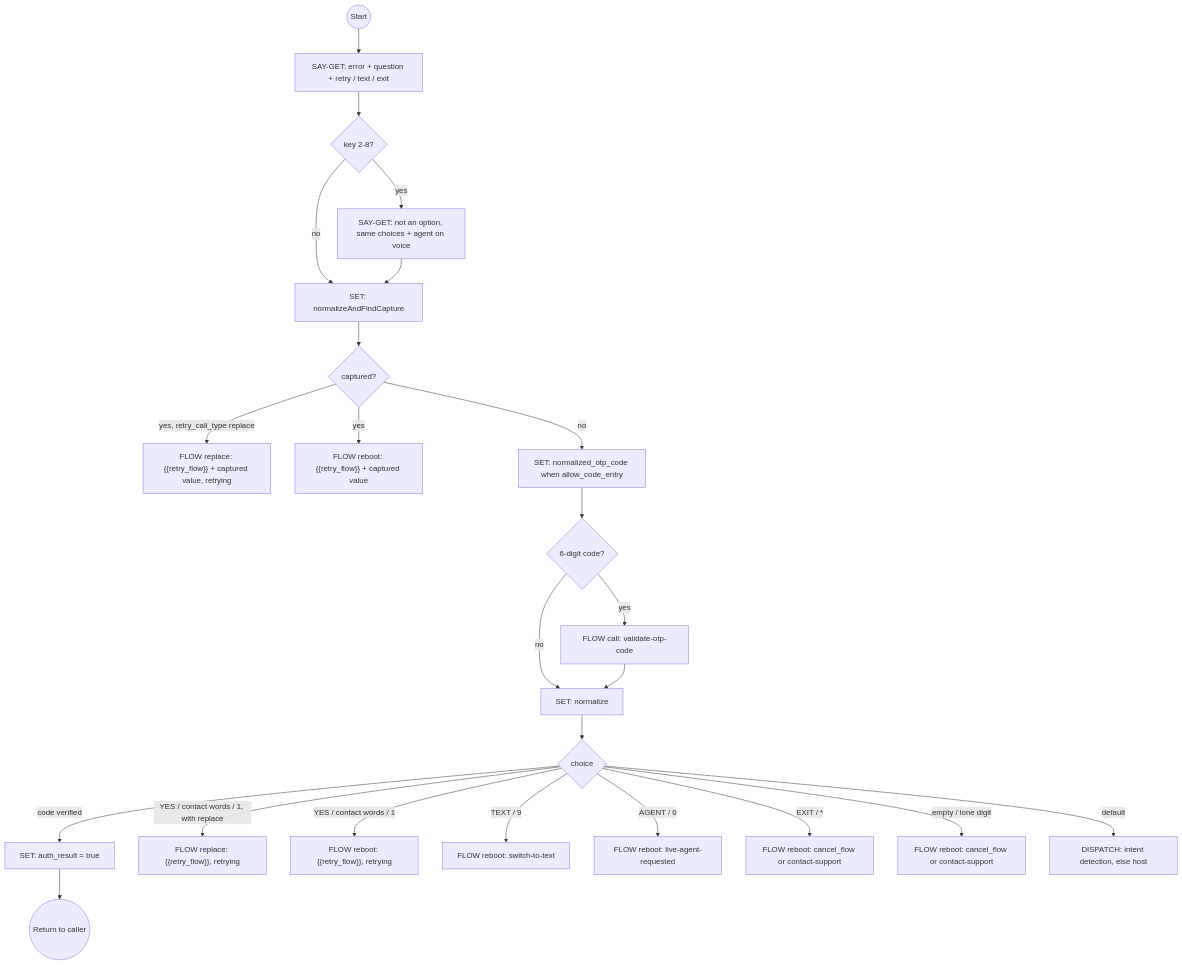
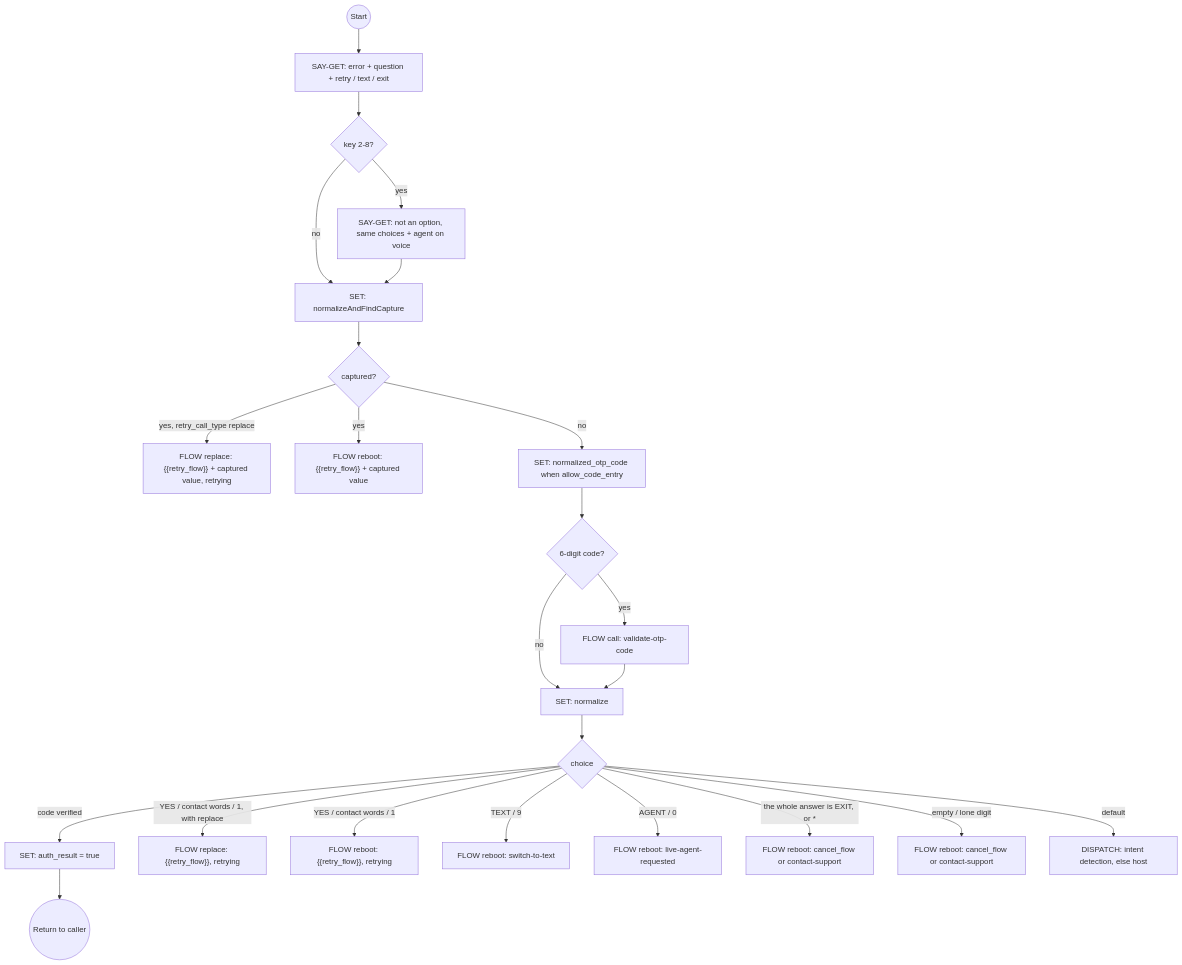
The tenth of 25 diagrams in docs/system-flows.md (ronpinkas/jsfe), drawn with Mermaid before and after one commit. The commit also changed other lines of this file and 11 other files, not shown here.

First line of the commit message:
jsfe 1.11.1: a confident answer is never lost; EXIT is the whole answer.

````diff
--- a/docs/system-flows.md
+++ b/docs/system-flows.md
@@ -761,26 +762,26 @@
 ```mermaid
 graph TD
     start((Start)) --> say_error_and_prompt[SAY-GET: error + question + retry / text / exit]
     say_error_and_prompt --> reprompt{key 2-8?}
     reprompt -->|yes| say_not_an_option[SAY-GET: not an option, same choices + agent on voice]
     reprompt -->|no| check_smart_capture[SET: normalizeAndFindCapture]
     say_not_an_option --> check_smart_capture
     check_smart_capture --> handle_smart_capture{captured?}
     handle_smart_capture -->|yes, retry_call_type replace| replace_with_captured_value["FLOW replace: {{retry_flow}} + captured value, retrying"]
     handle_smart_capture -->|yes| reboot_with_captured_value["FLOW reboot: {{retry_flow}} + captured value"]
     handle_smart_capture -->|no| read_typed_code[SET: normalized_otp_code when allow_code_entry]
     read_typed_code --> check_typed_code{6-digit code?}
     check_typed_code -->|yes| validate_typed_code[FLOW call: validate-otp-code]
     check_typed_code -->|no| normalize_choice[SET: normalize]
     validate_typed_code --> normalize_choice
     normalize_choice --> handle_choice{choice}
     handle_choice -->|code verified| typed_code_verified[SET: auth_result = true]
     handle_choice -->|YES / contact words / 1, with replace| retry_in_place["FLOW replace: {{retry_flow}}, retrying"]
     handle_choice -->|YES / contact words / 1| retry_from_start["FLOW reboot: {{retry_flow}}, retrying"]
     handle_choice -->|TEXT / 9| do_switch_text[FLOW reboot: switch-to-text]
     handle_choice -->|AGENT / 0| do_agent[FLOW reboot: live-agent-requested]
-    handle_choice -->|EXIT / *| do_abort["FLOW reboot: cancel_flow or contact-support"]
+    handle_choice -->|the whole answer is EXIT, or *| do_abort["FLOW reboot: cancel_flow or contact-support"]
     handle_choice -->|empty / lone digit| do_cancel_no_intent["FLOW reboot: cancel_flow or contact-support"]
     handle_choice -->|default| dispatch_unrecognised["DISPATCH: intent detection, else host"]
     typed_code_verified --> stop((Return to caller))
 ```
````
